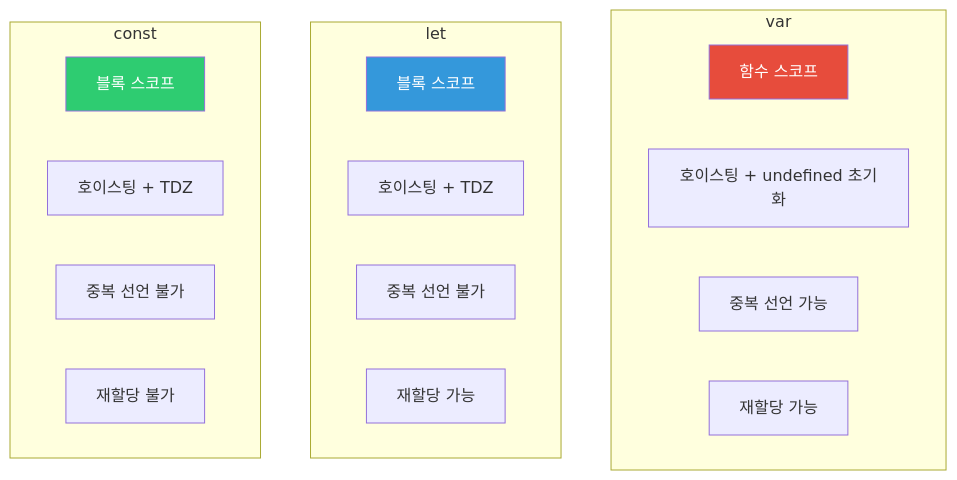
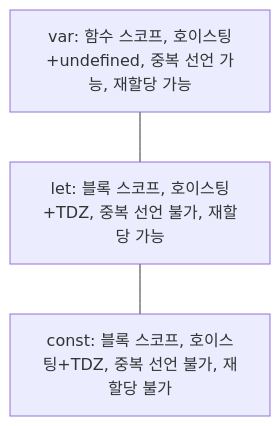
The first of 9 diagrams in _posts/frontend/2026-05-02-js-var-let-const.md (yjkim2015/yjkim2015.github.io), drawn with Mermaid before and after one commit. The commit also changed other lines of this file and 215 other files, not shown here.

First line of the commit message:
신규 포스트 10개 추가 + Mermaid 전면 축소 + SystemDesign 시리즈 보강

````diff
--- a/_posts/frontend/2026-05-02-js-var-let-const.md
+++ b/_posts/frontend/2026-05-02-js-var-let-const.md
@@ -26,27 +26,7 @@
 ```mermaid
 graph TD
-    subgraph "var"
-        V1["함수 스코프"]
-        V2["호이스팅 + undefined 초기화"]
-        V3["중복 선언 가능"]
-        V4["재할당 가능"]
-    end
-
-    subgraph "let"
-        L1["블록 스코프"]
-        L2["호이스팅 + TDZ"]
-        L3["중복 선언 불가"]
-        L4["재할당 가능"]
-    end
-
-    subgraph "const"
-        C1["블록 스코프"]
-        C2["호이스팅 + TDZ"]
-        C3["중복 선언 불가"]
-        C4["재할당 불가"]
-    end
-
-    style V1 fill:#e74c3c,color:#fff
-    style L1 fill:#3498db,color:#fff
-    style C1 fill:#2ecc71,color:#fff
+    VAR["var: 함수 스코프, 호이스팅+undefined, 중복 선언 가능, 재할당 가능"]
+    LET["let: 블록 스코프, 호이스팅+TDZ, 중복 선언 불가, 재할당 가능"]
+    CONST["const: 블록 스코프, 호이스팅+TDZ, 중복 선언 불가, 재할당 불가"]
+    VAR --- LET --- CONST
 ```
````
